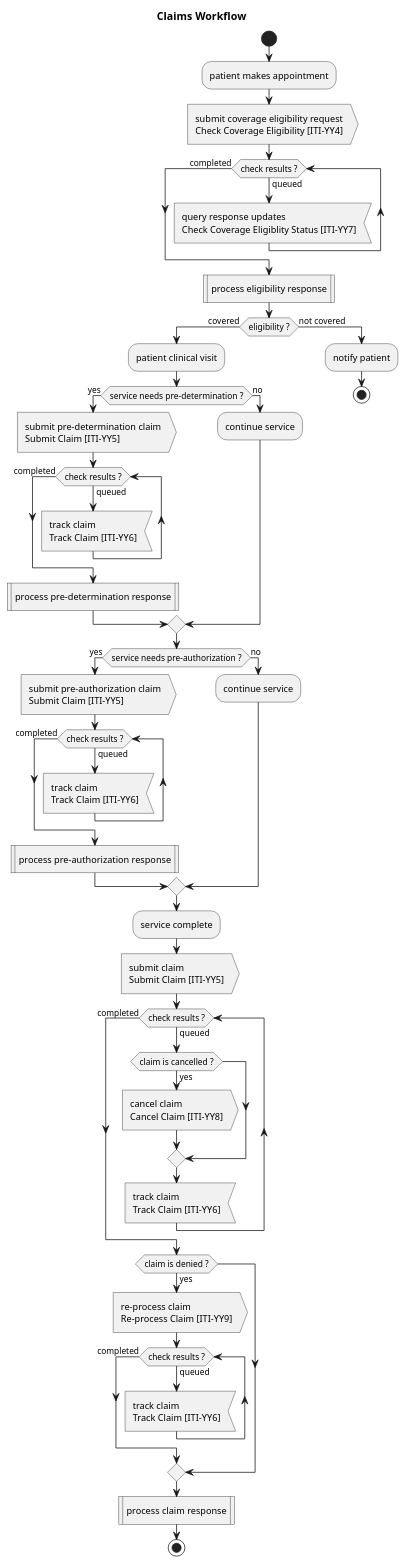
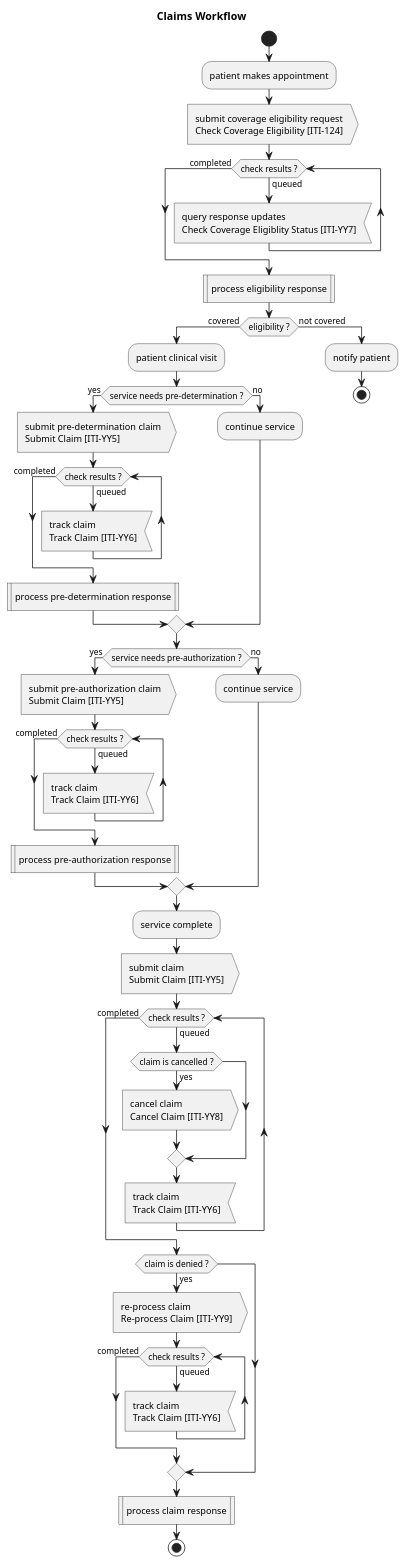
The diagram in input/images-source/overview-visit.plantuml (IHE/ITI.Finance), drawn with PlantUML before and after one commit. The commit also changed 14 other files, not shown here.

```diff
--- a/input/images-source/overview-visit.plantuml
+++ b/input/images-source/overview-visit.plantuml
@@ -1,53 +1,53 @@
 @startuml
 
 title Claims Workflow
 
 start
 :patient makes appointment;
-:submit coverage eligibility request\nCheck Coverage Eligibility &#91;ITI-YY4&#93;>
+:submit coverage eligibility request\nCheck Coverage Eligibility &#91;ITI-124&#93;>
 while (check results ?) is (queued)
   :query response updates\nCheck Coverage Eligiblity Status &#91;ITI-YY7&#93;<
 endwhile (completed)
 :process eligibility response|
 if (eligibility ?) then (covered)
   :patient clinical visit;
 
   if (service needs pre-determination ?) then (yes)
     :submit pre-determination claim\nSubmit Claim &#91;ITI-YY5&#93;>
     while (check results ?) is (queued)
       :track claim\nTrack Claim &#91;ITI-YY6&#93;<
     endwhile (completed)
     :process pre-determination response|
   else (no)
     :continue service;
   endif 
   if (service needs pre-authorization ?) then (yes)
   :submit pre-authorization claim\nSubmit Claim &#91;ITI-YY5&#93;>
   while (check results ?) is (queued)
     :track claim\nTrack Claim &#91;ITI-YY6&#93;<
   endwhile (completed)
   :process pre-authorization response|
   else (no)
     :continue service;
   endif
   :service complete;
   :submit claim\nSubmit Claim &#91;ITI-YY5&#93;>
   while (check results ?) is (queued)
     if (claim is cancelled ?) then (yes)
       :cancel claim\nCancel Claim &#91;ITI-YY8&#93;>
     endif
     :track claim\nTrack Claim &#91;ITI-YY6&#93;<
   endwhile (completed)
   if (claim is denied ?) then (yes)
     :re-process claim\nRe-process Claim &#91;ITI-YY9&#93;>
     while (check results ?) is (queued)
       :track claim\nTrack Claim &#91;ITI-YY6&#93;<
     endwhile (completed)
   endif
   :process claim response|
   stop
 else (not covered)
   :notify patient;
   stop
 
 @enduml
```
